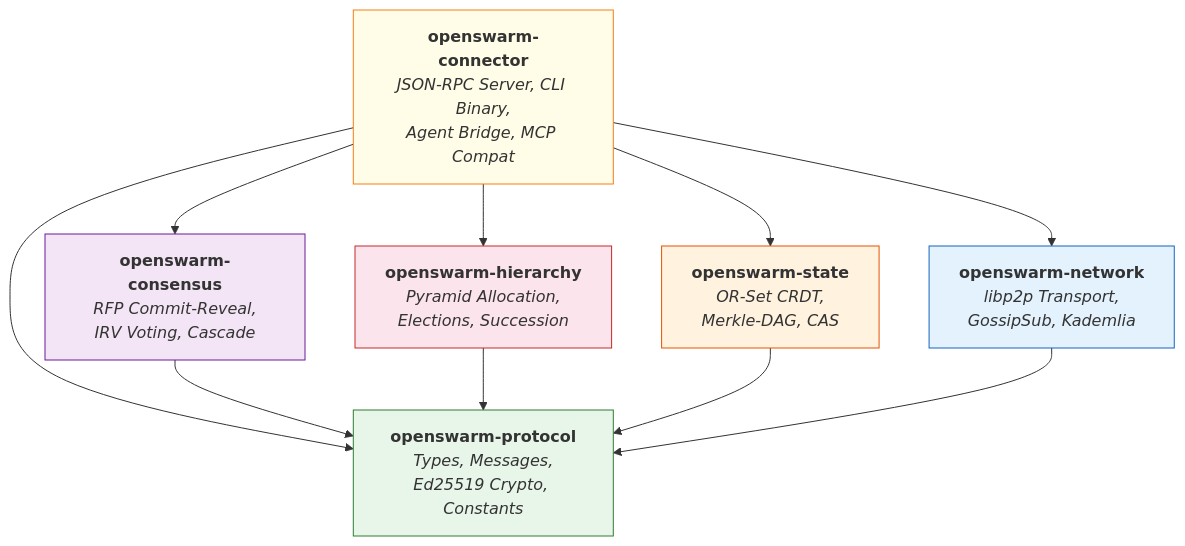
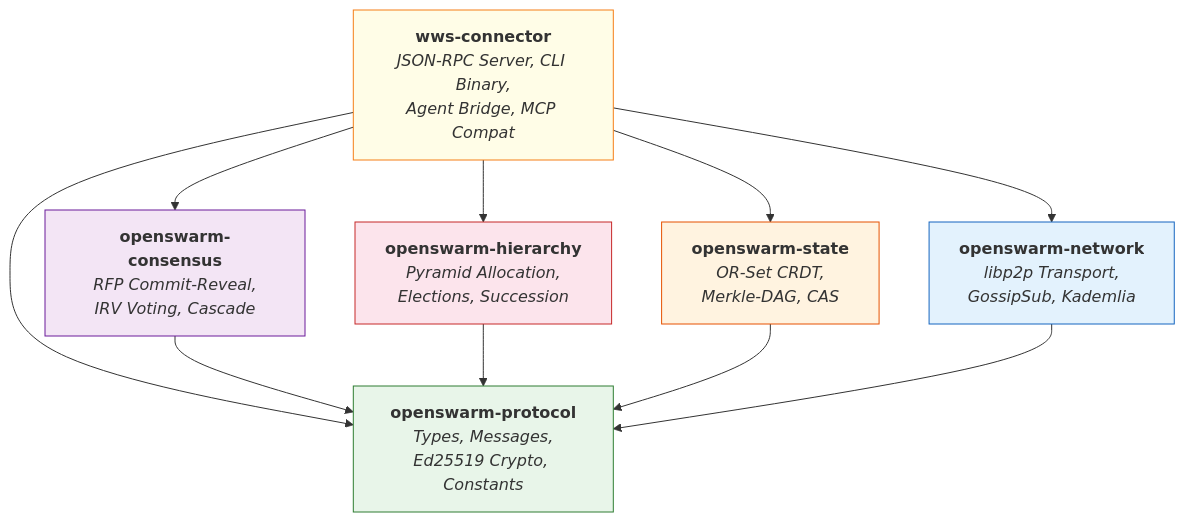
The first of 3 diagrams in docs/Architecture.md (Good-karma-lab/Agent-Swarm-Communication-Protocol), drawn with Mermaid before and after one commit. The commit also changed other lines of this file and 41 other files, not shown here.

````diff
--- a/docs/Architecture.md
+++ b/docs/Architecture.md
@@ -22,26 +22,26 @@
 ```mermaid
 graph TD
-    CONN["<b>openswarm-connector</b><br/><i>JSON-RPC Server, CLI Binary,<br/>Agent Bridge, MCP Compat</i>"]
+    CONN["<b>wws-connector</b><br/><i>JSON-RPC Server, CLI Binary,<br/>Agent Bridge, MCP Compat</i>"]
     CONS["<b>openswarm-consensus</b><br/><i>RFP Commit-Reveal,<br/>IRV Voting, Cascade</i>"]
     HIER["<b>openswarm-hierarchy</b><br/><i>Pyramid Allocation,<br/>Elections, Succession</i>"]
     STATE["<b>openswarm-state</b><br/><i>OR-Set CRDT,<br/>Merkle-DAG, CAS</i>"]
     NET["<b>openswarm-network</b><br/><i>libp2p Transport,<br/>GossipSub, Kademlia</i>"]
     PROTO["<b>openswarm-protocol</b><br/><i>Types, Messages,<br/>Ed25519 Crypto, Constants</i>"]
 
     CONN --> CONS
     CONN --> HIER
     CONN --> STATE
     CONN --> NET
     CONN --> PROTO
     CONS --> PROTO
     HIER --> PROTO
     STATE --> PROTO
     NET --> PROTO
 
     style PROTO fill:#e8f5e9,stroke:#2e7d32
     style NET fill:#e3f2fd,stroke:#1565c0
     style STATE fill:#fff3e0,stroke:#e65100
     style HIER fill:#fce4ec,stroke:#c62828
     style CONS fill:#f3e5f5,stroke:#6a1b9a
     style CONN fill:#fffde7,stroke:#f57f17
 ```
````
